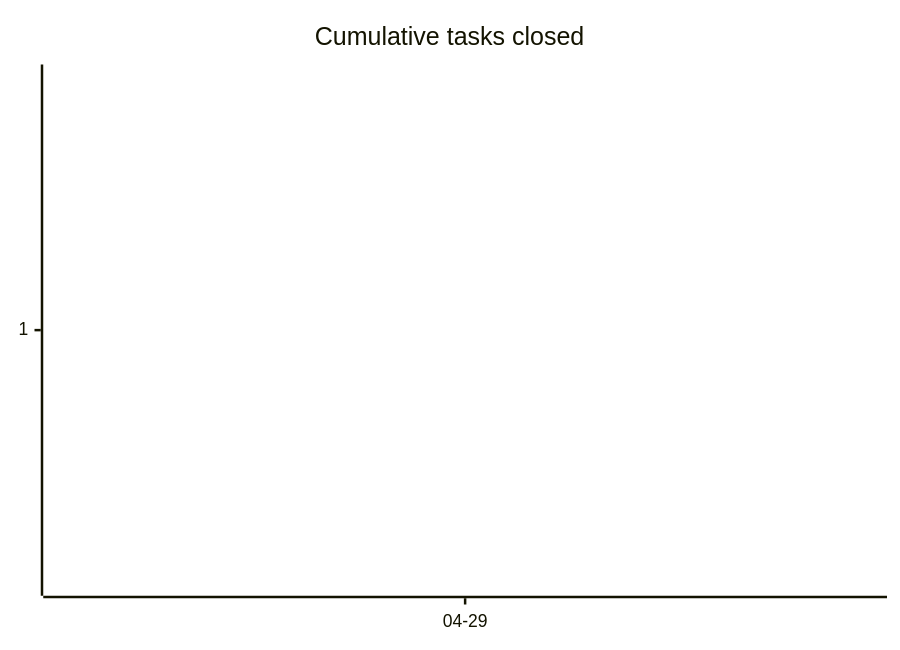
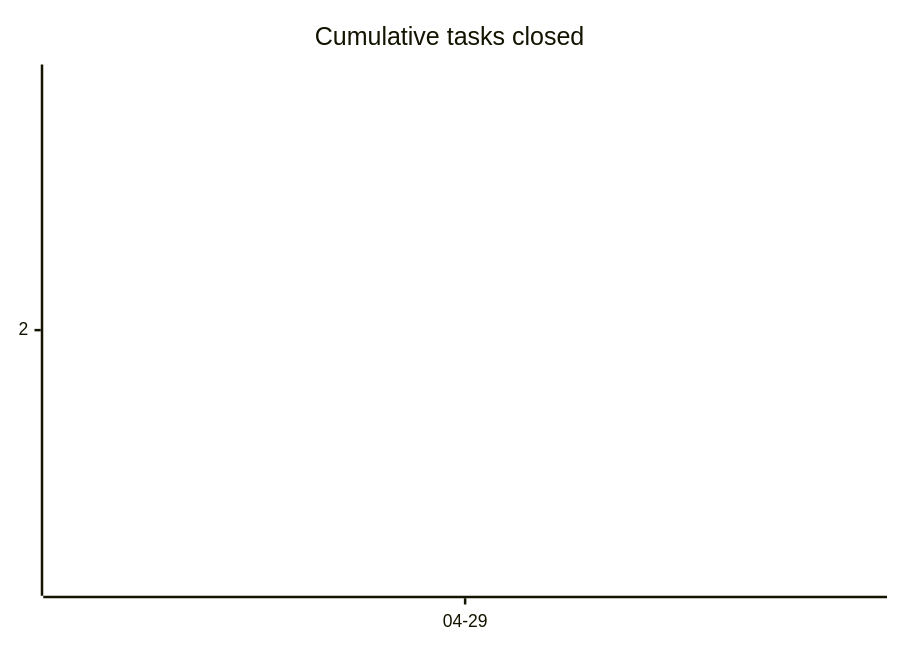
The first of 3 diagrams in docs/developers/tasks/OVERVIEW.md (tgd1975/AwesomeStudioPedal), drawn with Mermaid before and after one commit. The commit also changed other lines of this file and 8 other files, not shown here.

````diff
--- a/docs/developers/tasks/OVERVIEW.md
+++ b/docs/developers/tasks/OVERVIEW.md
@@ -20,6 +20,6 @@
 ```mermaid
 xychart-beta
     title "Cumulative tasks closed"
     x-axis ["04-29"]
-    line [1]
+    line [2]
 ```
````
